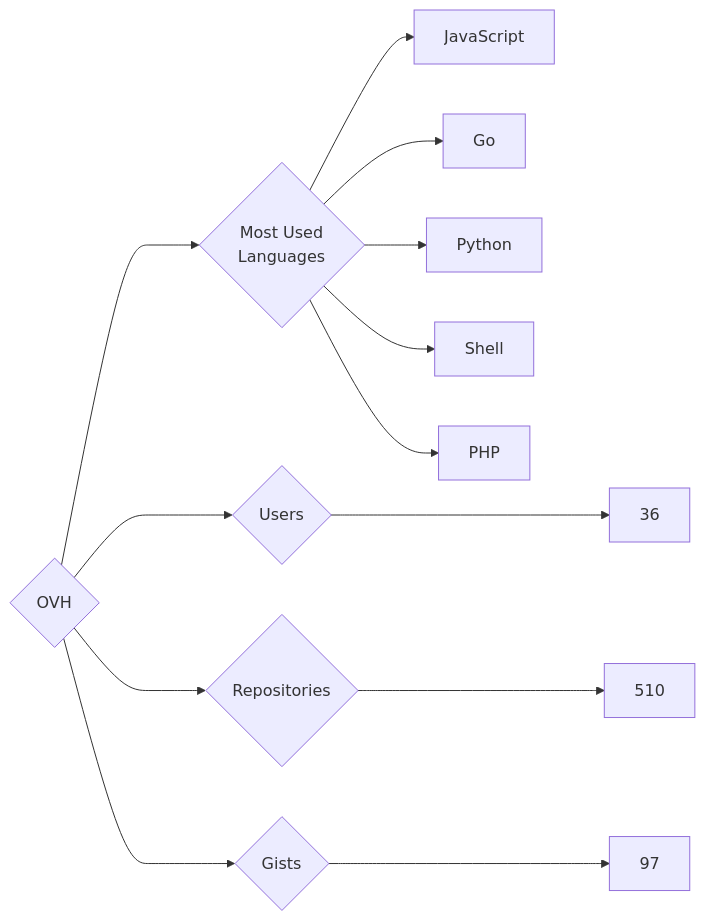
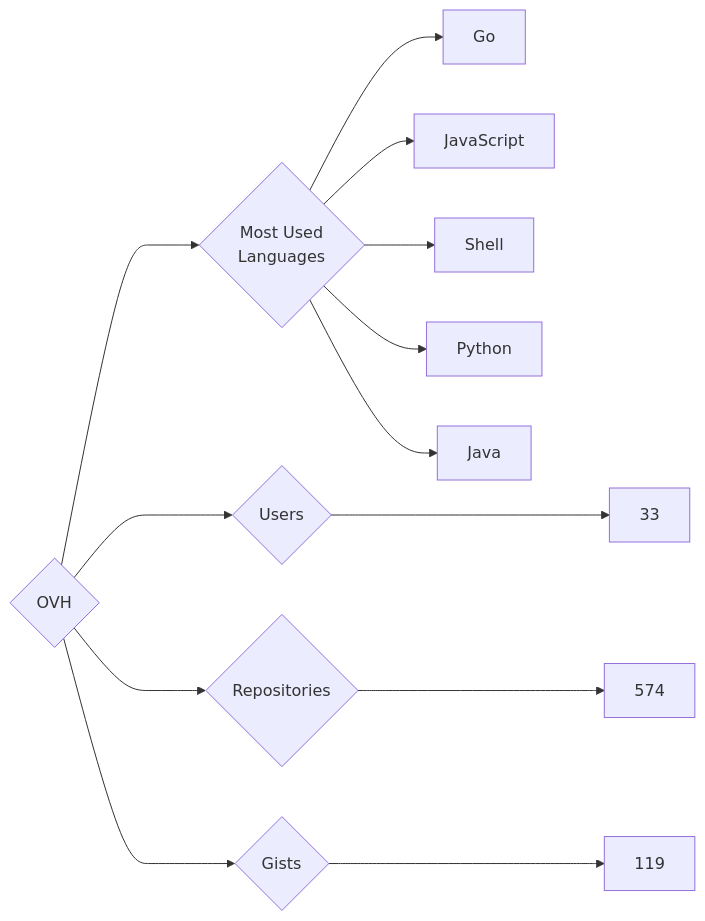
Before and after one commit to trickest/insiders: the diagram in targets/OVH/README.md, drawn with Mermaid. The commit also changed 928 other files, not shown here.

````diff
--- a/targets/OVH/README.md
+++ b/targets/OVH/README.md
@@ -3,13 +3,13 @@
 ```mermaid
 graph LR
 COMPANY_NAME{OVH}
-COMPANY_NAME ---> U{Users} ---> UN[36]
-COMPANY_NAME ---> R{Repositories} ---> RN[510]
-COMPANY_NAME ---> G{Gists} ---> GN[97]
+COMPANY_NAME ---> U{Users} ---> UN[33]
+COMPANY_NAME ---> R{Repositories} ---> RN[574]
+COMPANY_NAME ---> G{Gists} ---> GN[119]
 COMPANY_NAME ---> ML{Most Used<br>Languages}
+ML --> Go[Go]
 ML --> JavaScript[JavaScript]
-ML --> Go[Go]
+ML --> Shell[Shell]
 ML --> Python[Python]
-ML --> Shell[Shell]
-ML --> PHP[PHP]
+ML --> Java[Java]
 ```
````
